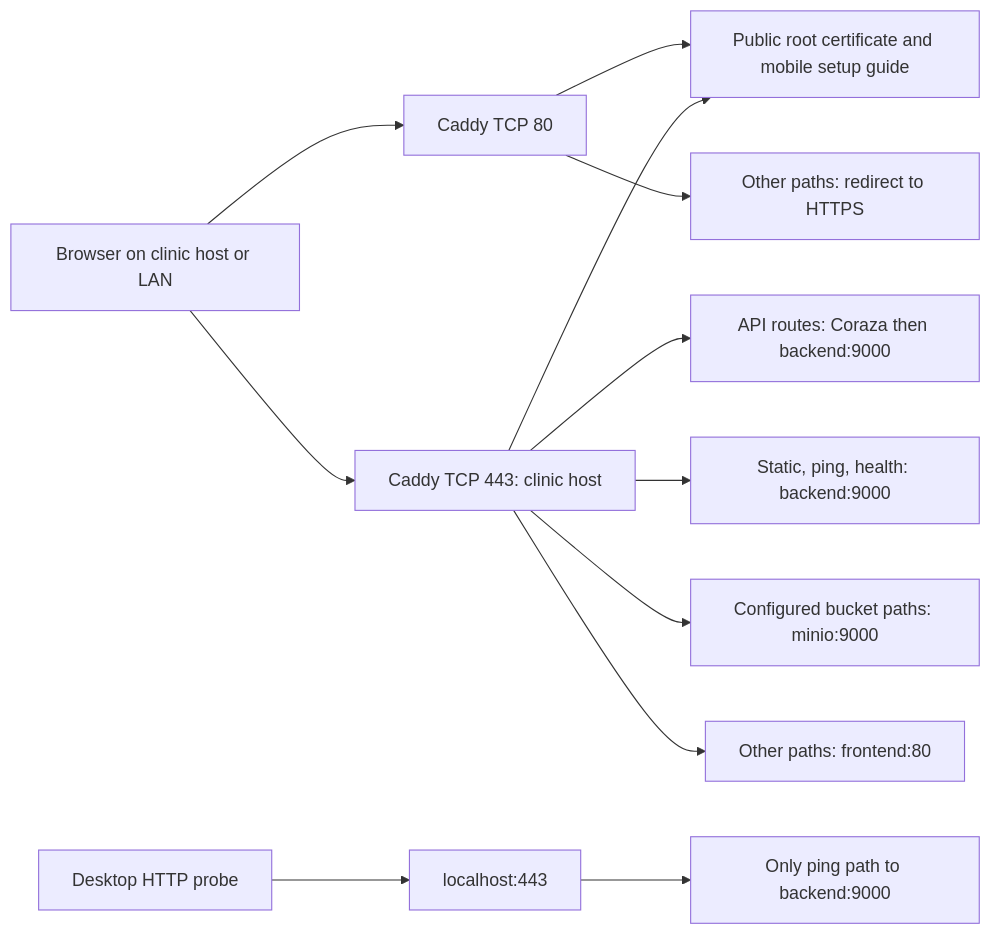
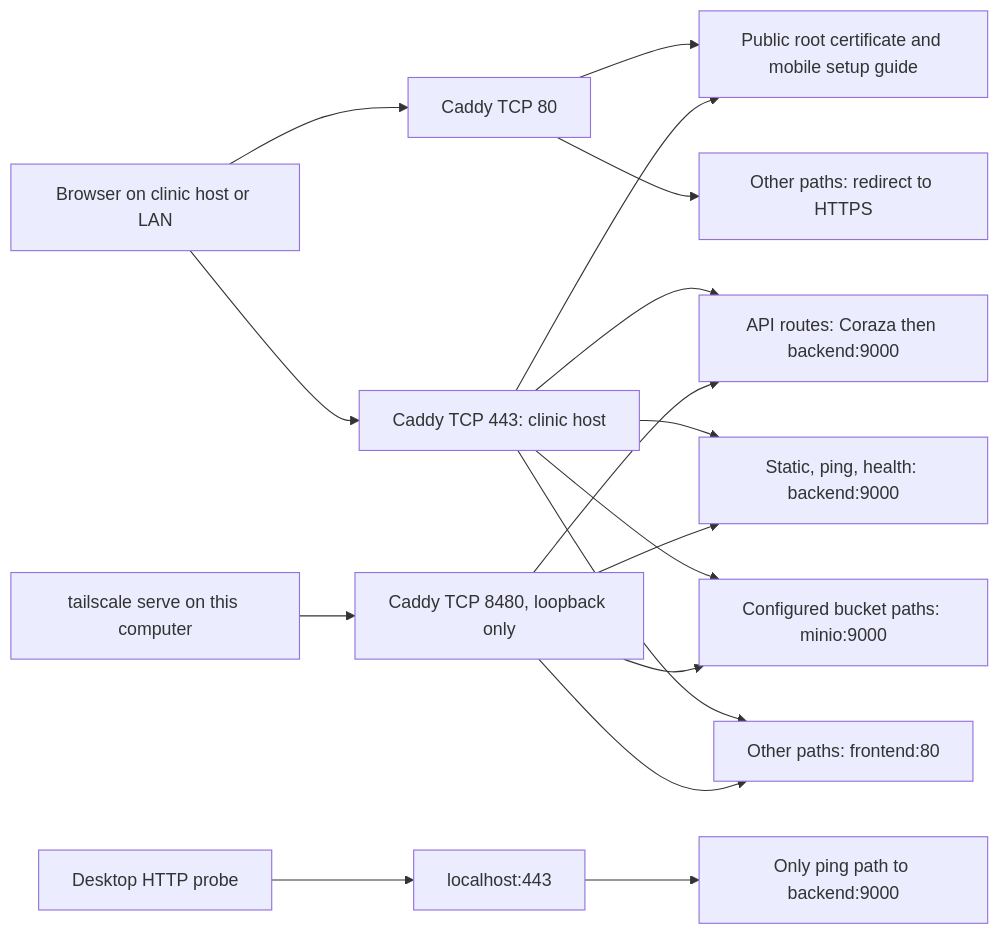
The fourth of 6 diagrams in docs/clinic-lifecycle.md (ohcnetwork/care_clinic), drawn with Mermaid before and after one commit. The commit also changed other lines of this file and 33 other files, not shown here.

````diff
--- a/docs/clinic-lifecycle.md
+++ b/docs/clinic-lifecycle.md
@@ -680,14 +680,19 @@
 ```mermaid
 flowchart LR
     Browser["Browser on clinic host or LAN"] --> HTTP["Caddy TCP 80"]
     Browser --> HTTPS["Caddy TCP 443: clinic host"]
     HTTP --> Bootstrap["Public root certificate and mobile setup guide"]
     HTTP --> Redirect["Other paths: redirect to HTTPS"]
     HTTPS --> Bootstrap
     HTTPS --> API["API routes: Coraza then backend:9000"]
     HTTPS --> OtherAPI["Static, ping, health: backend:9000"]
     HTTPS --> Buckets["Configured bucket paths: minio:9000"]
     HTTPS --> Web["Other paths: frontend:80"]
+    Tailscale["tailscale serve on this computer"] --> Home["Caddy TCP 8480, loopback only"]
+    Home --> API
+    Home --> OtherAPI
+    Home --> Buckets
+    Home --> Web
     Probe["Desktop HTTP probe"] --> Local["localhost:443"]
     Local --> Ping["Only ping path to backend:9000"]
 ```
````
